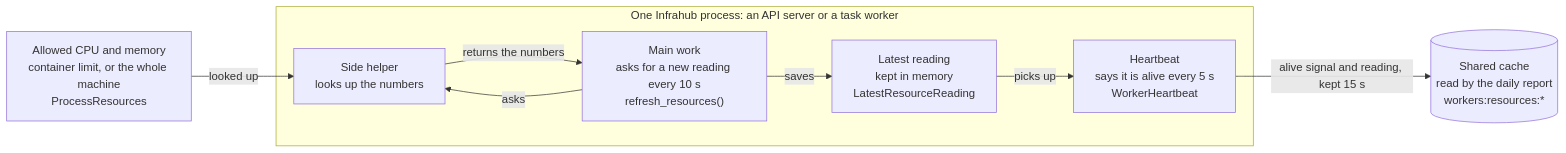
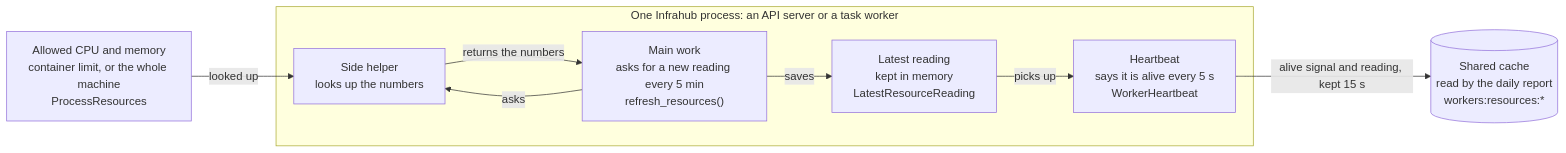
The diagram in dev/knowledge/backend/telemetry.md (opsmill/infrahub), drawn with Mermaid before and after one commit. The commit also changed other lines of this file and 7 other files, not shown here.

````diff
--- a/dev/knowledge/backend/telemetry.md
+++ b/dev/knowledge/backend/telemetry.md
@@ -98,17 +100,17 @@
 ```mermaid
 flowchart LR
     limits["Allowed CPU and memory<br/>container limit, or the whole machine<br/>ProcessResources"]
     subgraph process["One Infrahub process: an API server or a task worker"]
-        main["Main work<br/>asks for a new reading every 10 s<br/>refresh_resources()"]
+        main["Main work<br/>asks for a new reading every 5 min<br/>refresh_resources()"]
         reader["Side helper<br/>looks up the numbers"]
         slot["Latest reading<br/>kept in memory<br/>LatestResourceReading"]
         beat["Heartbeat<br/>says it is alive every 5 s<br/>WorkerHeartbeat"]
         main -->|asks| reader
         reader -->|returns the numbers| main
         main -->|saves| slot
         slot -->|picks up| beat
     end
     cache[("Shared cache<br/>read by the daily report<br/>workers:resources:*")]
     limits -->|looked up| reader
     beat -->|alive signal and reading, kept 15 s| cache
 ```
````
